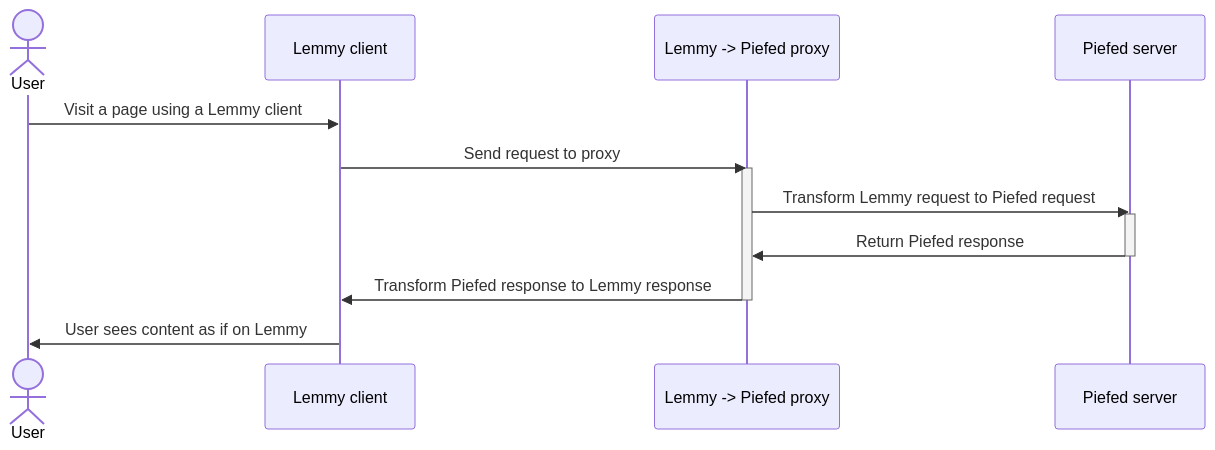
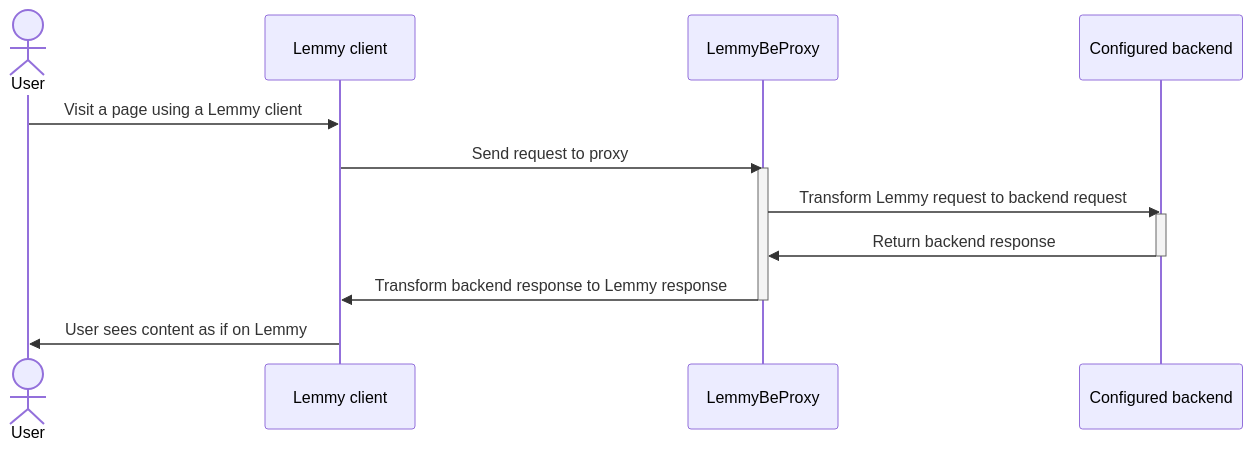
Before and after one commit to DaDosDude/LemmyPiefedProxy: the diagram in README.md, drawn with Mermaid. The commit also changed other lines of this file, not shown here.

Commit message:
Rewrite README intro/blurb, genericize the flowchart, document Comment migration and the planned versioned-backend roadmap

````diff
--- a/README.md
+++ b/README.md
@@ -30,18 +38,18 @@
 ```mermaid
 sequenceDiagram
     actor User
     participant Client as Lemmy client
-    participant Proxy as Lemmy -> Piefed proxy
-    participant Piefed as Piefed server
+    participant Proxy as LemmyBeProxy
+    participant Backend as Configured backend
 
     User->>Client: Visit a page using a Lemmy client
     Client->>Proxy: Send request to proxy
     activate Proxy
-    Proxy->>Piefed: Transform Lemmy request to Piefed request
-    activate Piefed
-    Piefed->>Proxy: Return Piefed response
-    deactivate Piefed
-    Proxy->>Client: Transform Piefed response to Lemmy response
+    Proxy->>Backend: Transform Lemmy request to backend request
+    activate Backend
+    Backend->>Proxy: Return backend response
+    deactivate Backend
+    Proxy->>Client: Transform backend response to Lemmy response
     deactivate Proxy
     Client->>User: User sees content as if on Lemmy
 ```
````
